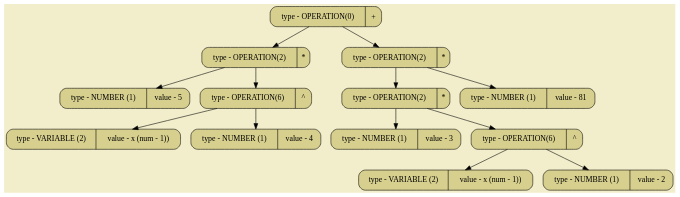
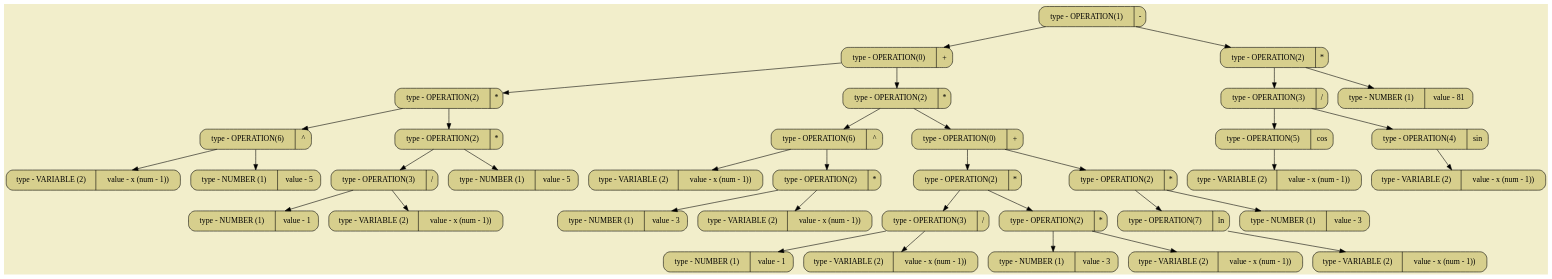
One commit to SashaKhaytina/Differenciator changed the diagram in all_dumps/pictures/image04.dot. Above: the diagram before and after it, drawn with Graphviz. The commit also changed 12 other files, not shown here.

```diff
--- a/all_dumps/pictures/image04.dot
+++ b/all_dumps/pictures/image04.dot
@@ -1,30 +1,76 @@
 digraph
 {
 bgcolor="#F2EECB";
 rankdir = TB;
-POINT_0x6295e313afa0[shape=Mrecord, label = "type - OPERATION(0) | +", style="filled",fillcolor="#D7CF8D"]
-POINT_0x6295e313af70[shape=Mrecord, label = "type - OPERATION(2) | *", style="filled",fillcolor="#D7CF8D"]
-POINT_0x6295e313af10[shape=Mrecord, label = "type - NUMBER (1) | value - 5", style="filled",fillcolor="#D7CF8D"]
-POINT_0x6295e313aee0[shape=Mrecord, label = "type - OPERATION(6) | ^", style="filled",fillcolor="#D7CF8D"]
-POINT_0x6295e313aeb0[shape=Mrecord, label = "type - VARIABLE (2) | value - x (num - 1))", style="filled",fillcolor="#D7CF8D"]
-POINT_0x6295e313ae80[shape=Mrecord, label = "type - NUMBER (1) | value - 4", style="filled",fillcolor="#D7CF8D"]
-POINT_0x6295e313adf0[shape=Mrecord, label = "type - OPERATION(2) | *", style="filled",fillcolor="#D7CF8D"]
-POINT_0x6295e313ad90[shape=Mrecord, label = "type - OPERATION(2) | *", style="filled",fillcolor="#D7CF8D"]
-POINT_0x6295e313ad30[shape=Mrecord, label = "type - NUMBER (1) | value - 3", style="filled",fillcolor="#D7CF8D"]
-POINT_0x6295e313ad00[shape=Mrecord, label = "type - OPERATION(6) | ^", style="filled",fillcolor="#D7CF8D"]
-POINT_0x6295e313acd0[shape=Mrecord, label = "type - VARIABLE (2) | value - x (num - 1))", style="filled",fillcolor="#D7CF8D"]
-POINT_0x6295e313aca0[shape=Mrecord, label = "type - NUMBER (1) | value - 2", style="filled",fillcolor="#D7CF8D"]
-POINT_0x6295e313ac10[shape=Mrecord, label = "type - NUMBER (1) | value - 81", style="filled",fillcolor="#D7CF8D"]
-POINT_0x6295e313afa0 -> POINT_0x6295e313af70
-POINT_0x6295e313afa0 -> POINT_0x6295e313adf0
-POINT_0x6295e313af70 -> POINT_0x6295e313af10
-POINT_0x6295e313af70 -> POINT_0x6295e313aee0
-POINT_0x6295e313aee0 -> POINT_0x6295e313aeb0
-POINT_0x6295e313aee0 -> POINT_0x6295e313ae80
-POINT_0x6295e313adf0 -> POINT_0x6295e313ad90
-POINT_0x6295e313adf0 -> POINT_0x6295e313ac10
-POINT_0x6295e313ad90 -> POINT_0x6295e313ad30
-POINT_0x6295e313ad90 -> POINT_0x6295e313ad00
-POINT_0x6295e313ad00 -> POINT_0x6295e313acd0
-POINT_0x6295e313ad00 -> POINT_0x6295e313aca0
+POINT_0x5e3315b00820[shape=Mrecord, label = "type - OPERATION(1) | -", style="filled",fillcolor="#D7CF8D"]
+POINT_0x5e3315b007f0[shape=Mrecord, label = "type - OPERATION(0) | +", style="filled",fillcolor="#D7CF8D"]
+POINT_0x5e3315b007c0[shape=Mrecord, label = "type - OPERATION(2) | *", style="filled",fillcolor="#D7CF8D"]
+POINT_0x5e3315b00790[shape=Mrecord, label = "type - OPERATION(6) | ^", style="filled",fillcolor="#D7CF8D"]
+POINT_0x5e3315afe600[shape=Mrecord, label = "type - VARIABLE (2) | value - x (num - 1))", style="filled",fillcolor="#D7CF8D"]
+POINT_0x5e3315afe6c0[shape=Mrecord, label = "type - NUMBER (1) | value - 5", style="filled",fillcolor="#D7CF8D"]
+POINT_0x5e3315b00760[shape=Mrecord, label = "type - OPERATION(2) | *", style="filled",fillcolor="#D7CF8D"]
+POINT_0x5e3315b00700[shape=Mrecord, label = "type - OPERATION(3) | /", style="filled",fillcolor="#D7CF8D"]
+POINT_0x5e3315b006d0[shape=Mrecord, label = "type - NUMBER (1) | value - 1", style="filled",fillcolor="#D7CF8D"]
+POINT_0x5e3315b006a0[shape=Mrecord, label = "type - VARIABLE (2) | value - x (num - 1))", style="filled",fillcolor="#D7CF8D"]
+POINT_0x5e3315b00670[shape=Mrecord, label = "type - NUMBER (1) | value - 5", style="filled",fillcolor="#D7CF8D"]
+POINT_0x5e3315b00520[shape=Mrecord, label = "type - OPERATION(2) | *", style="filled",fillcolor="#D7CF8D"]
+POINT_0x5e3315b004f0[shape=Mrecord, label = "type - OPERATION(6) | ^", style="filled",fillcolor="#D7CF8D"]
+POINT_0x5e3315afe7a0[shape=Mrecord, label = "type - VARIABLE (2) | value - x (num - 1))", style="filled",fillcolor="#D7CF8D"]
+POINT_0x5e3315afe860[shape=Mrecord, label = "type - OPERATION(2) | *", style="filled",fillcolor="#D7CF8D"]
+POINT_0x5e3315afe830[shape=Mrecord, label = "type - NUMBER (1) | value - 3", style="filled",fillcolor="#D7CF8D"]
+POINT_0x5e3315afe8b0[shape=Mrecord, label = "type - VARIABLE (2) | value - x (num - 1))", style="filled",fillcolor="#D7CF8D"]
+POINT_0x5e3315b004c0[shape=Mrecord, label = "type - OPERATION(0) | +", style="filled",fillcolor="#D7CF8D"]
+POINT_0x5e3315b00490[shape=Mrecord, label = "type - OPERATION(2) | *", style="filled",fillcolor="#D7CF8D"]
+POINT_0x5e3315b00460[shape=Mrecord, label = "type - OPERATION(3) | /", style="filled",fillcolor="#D7CF8D"]
+POINT_0x5e3315b00430[shape=Mrecord, label = "type - NUMBER (1) | value - 1", style="filled",fillcolor="#D7CF8D"]
+POINT_0x5e3315b00400[shape=Mrecord, label = "type - VARIABLE (2) | value - x (num - 1))", style="filled",fillcolor="#D7CF8D"]
+POINT_0x5e3315b003d0[shape=Mrecord, label = "type - OPERATION(2) | *", style="filled",fillcolor="#D7CF8D"]
+POINT_0x5e3315b003a0[shape=Mrecord, label = "type - NUMBER (1) | value - 3", style="filled",fillcolor="#D7CF8D"]
+POINT_0x5e3315b00370[shape=Mrecord, label = "type - VARIABLE (2) | value - x (num - 1))", style="filled",fillcolor="#D7CF8D"]
+POINT_0x5e3315b00340[shape=Mrecord, label = "type - OPERATION(2) | *", style="filled",fillcolor="#D7CF8D"]
+POINT_0x5e3315b00310[shape=Mrecord, label = "type - OPERATION(7) | ln", style="filled",fillcolor="#D7CF8D"]
+POINT_0x5e3315b002e0[shape=Mrecord, label = "type - VARIABLE (2) | value - x (num - 1))", style="filled",fillcolor="#D7CF8D"]
+POINT_0x5e3315b002b0[shape=Mrecord, label = "type - NUMBER (1) | value - 3", style="filled",fillcolor="#D7CF8D"]
+POINT_0x5e3315b00100[shape=Mrecord, label = "type - OPERATION(2) | *", style="filled",fillcolor="#D7CF8D"]
+POINT_0x5e3315b000a0[shape=Mrecord, label = "type - OPERATION(3) | /", style="filled",fillcolor="#D7CF8D"]
+POINT_0x5e3315b00070[shape=Mrecord, label = "type - OPERATION(5) | cos", style="filled",fillcolor="#D7CF8D"]
+POINT_0x5e3315b00010[shape=Mrecord, label = "type - VARIABLE (2) | value - x (num - 1))", style="filled",fillcolor="#D7CF8D"]
+POINT_0x5e3315afffb0[shape=Mrecord, label = "type - OPERATION(4) | sin", style="filled",fillcolor="#D7CF8D"]
+POINT_0x5e3315afff80[shape=Mrecord, label = "type - VARIABLE (2) | value - x (num - 1))", style="filled",fillcolor="#D7CF8D"]
+POINT_0x5e3315afff50[shape=Mrecord, label = "type - NUMBER (1) | value - 81", style="filled",fillcolor="#D7CF8D"]
+POINT_0x5e3315b00820 -> POINT_0x5e3315b007f0
+POINT_0x5e3315b00820 -> POINT_0x5e3315b00100
+POINT_0x5e3315b007f0 -> POINT_0x5e3315b007c0
+POINT_0x5e3315b007f0 -> POINT_0x5e3315b00520
+POINT_0x5e3315b007c0 -> POINT_0x5e3315b00790
+POINT_0x5e3315b007c0 -> POINT_0x5e3315b00760
+POINT_0x5e3315b00790 -> POINT_0x5e3315afe600
+POINT_0x5e3315b00790 -> POINT_0x5e3315afe6c0
+POINT_0x5e3315b00760 -> POINT_0x5e3315b00700
+POINT_0x5e3315b00760 -> POINT_0x5e3315b00670
+POINT_0x5e3315b00700 -> POINT_0x5e3315b006d0
+POINT_0x5e3315b00700 -> POINT_0x5e3315b006a0
+POINT_0x5e3315b00520 -> POINT_0x5e3315b004f0
+POINT_0x5e3315b00520 -> POINT_0x5e3315b004c0
+POINT_0x5e3315b004f0 -> POINT_0x5e3315afe7a0
+POINT_0x5e3315b004f0 -> POINT_0x5e3315afe860
+POINT_0x5e3315afe860 -> POINT_0x5e3315afe830
+POINT_0x5e3315afe860 -> POINT_0x5e3315afe8b0
+POINT_0x5e3315b004c0 -> POINT_0x5e3315b00490
+POINT_0x5e3315b004c0 -> POINT_0x5e3315b00340
+POINT_0x5e3315b00490 -> POINT_0x5e3315b00460
+POINT_0x5e3315b00490 -> POINT_0x5e3315b003d0
+POINT_0x5e3315b00460 -> POINT_0x5e3315b00430
+POINT_0x5e3315b00460 -> POINT_0x5e3315b00400
+POINT_0x5e3315b003d0 -> POINT_0x5e3315b003a0
+POINT_0x5e3315b003d0 -> POINT_0x5e3315b00370
+POINT_0x5e3315b00340 -> POINT_0x5e3315b00310
+POINT_0x5e3315b00340 -> POINT_0x5e3315b002b0
+POINT_0x5e3315b00310 -> POINT_0x5e3315b002e0
+POINT_0x5e3315b00100 -> POINT_0x5e3315b000a0
+POINT_0x5e3315b00100 -> POINT_0x5e3315afff50
+POINT_0x5e3315b000a0 -> POINT_0x5e3315b00070
+POINT_0x5e3315b000a0 -> POINT_0x5e3315afffb0
+POINT_0x5e3315b00070 -> POINT_0x5e3315b00010
+POINT_0x5e3315afffb0 -> POINT_0x5e3315afff80
 }
```
